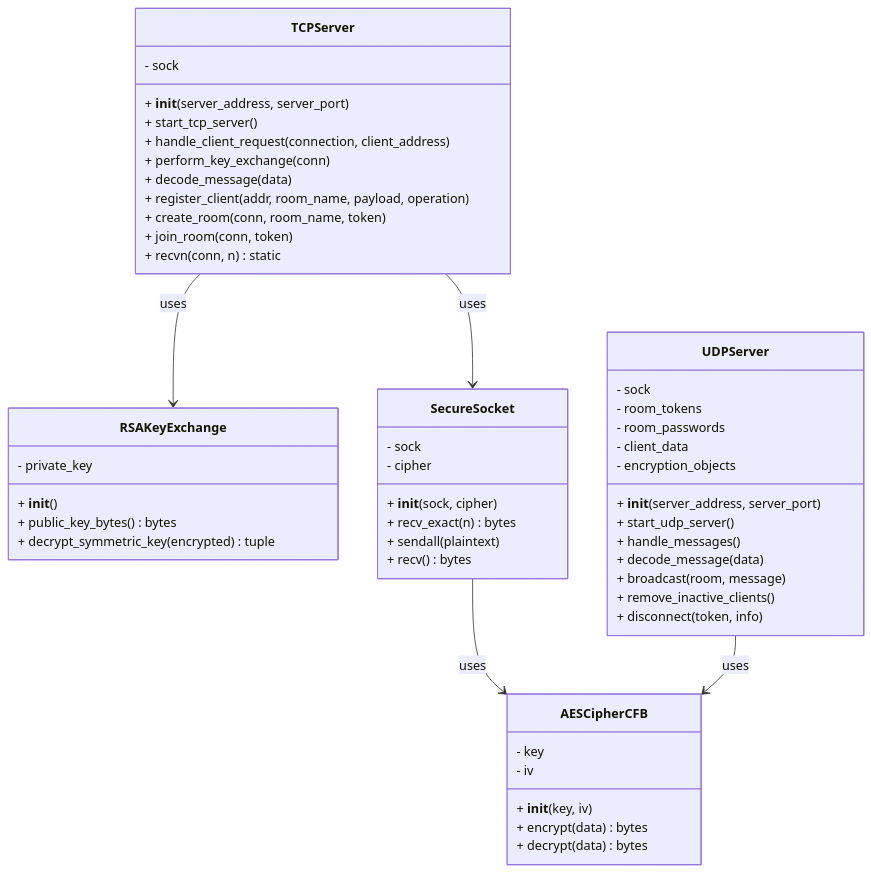
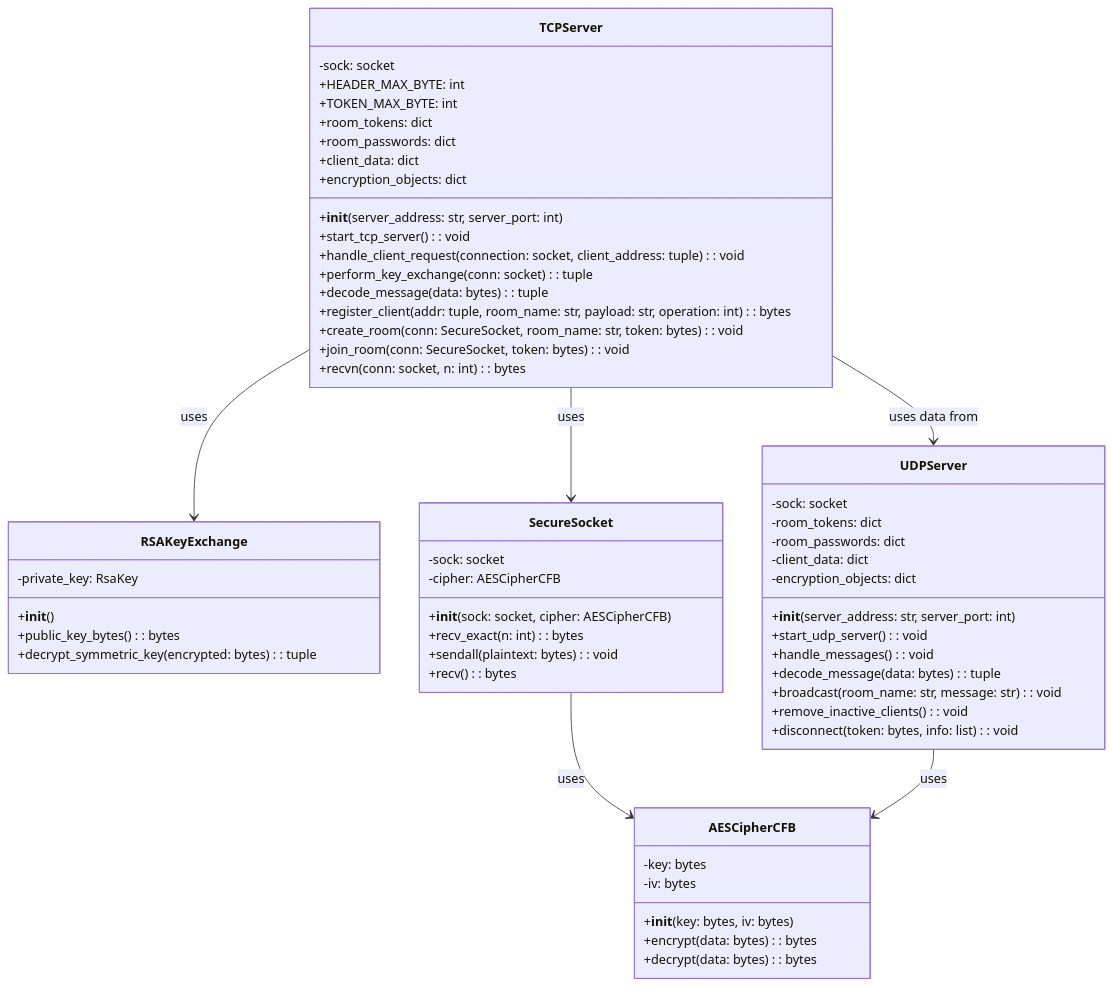
The third of 4 diagrams in README.md (BackendExplorer/Online-Chat-Service), drawn with Mermaid before and after one commit.

Commit message:
Update README.md
クラス図を修正

````diff
--- a/README.md
+++ b/README.md
@@ -274,62 +274,68 @@
 ```mermaid
 classDiagram
 
 class RSAKeyExchange {
-    - private_key
-    + __init__()
-    + public_key_bytes() bytes
-    + decrypt_symmetric_key(encrypted) tuple
+    -private_key: RsaKey
+    +__init__()
+    +public_key_bytes(): bytes
+    +decrypt_symmetric_key(encrypted: bytes): tuple
 }
 
 class AESCipherCFB {
-    - key
-    - iv
-    + __init__(key, iv)
-    + encrypt(data) bytes
-    + decrypt(data) bytes
+    -key: bytes
+    -iv: bytes
+    +__init__(key: bytes, iv: bytes)
+    +encrypt(data: bytes): bytes
+    +decrypt(data: bytes): bytes
 }
 
 class SecureSocket {
-    - sock
-    - cipher
-    + __init__(sock, cipher)
-    + recv_exact(n) bytes
-    + sendall(plaintext)
-    + recv() bytes
+    -sock: socket
+    -cipher: AESCipherCFB
+    +__init__(sock: socket, cipher: AESCipherCFB)
+    +recv_exact(n: int): bytes
+    +sendall(plaintext: bytes): void
+    +recv(): bytes
+}
+
+class UDPServer {
+    -sock: socket
+    -room_tokens: dict
+    -room_passwords: dict
+    -client_data: dict
+    -encryption_objects: dict
+    +__init__(server_address: str, server_port: int)
+    +start_udp_server(): void
+    +handle_messages(): void
+    +decode_message(data: bytes): tuple
+    +broadcast(room_name: str, message: str): void
+    +remove_inactive_clients(): void
+    +disconnect(token: bytes, info: list): void
 }
 
 class TCPServer {
-    - sock
-    + __init__(server_address, server_port)
-    + start_tcp_server()
-    + handle_client_request(connection, client_address)
-    + perform_key_exchange(conn)
-    + decode_message(data)
-    + register_client(addr, room_name, payload, operation)
-    + create_room(conn, room_name, token)
-    + join_room(conn, token)
-    + recvn(conn, n) static
+    -sock: socket
+    +HEADER_MAX_BYTE: int
+    +TOKEN_MAX_BYTE: int
+    +room_tokens: dict
+    +room_passwords: dict
+    +client_data: dict
+    +encryption_objects: dict
+    +__init__(server_address: str, server_port: int)
+    +start_tcp_server(): void
+    +handle_client_request(connection: socket, client_address: tuple): void
+    +perform_key_exchange(conn: socket): tuple
+    +decode_message(data: bytes): tuple
+    +register_client(addr: tuple, room_name: str, payload: str, operation: int): bytes
+    +create_room(conn: SecureSocket, room_name: str, token: bytes): void
+    +join_room(conn: SecureSocket, token: bytes): void
+    +recvn(conn: socket, n: int): bytes
 }
 
-class UDPServer {
-    - sock
-    - room_tokens
-    - room_passwords
-    - client_data
-    - encryption_objects
-    + __init__(server_address, server_port)
-    + start_udp_server()
-    + handle_messages()
-    + decode_message(data)
-    + broadcast(room, message)
-    + remove_inactive_clients()
-    + disconnect(token, info)
-}
-
-TCPServer --> RSAKeyExchange : uses
+TCPServer --> UDPServer : uses data from
 TCPServer --> SecureSocket : uses
 SecureSocket --> AESCipherCFB : uses
-UDPServer --> AESCipherCFB : uses 
-
+TCPServer --> RSAKeyExchange : uses
+UDPServer --> AESCipherCFB : uses
 
 ```
````
